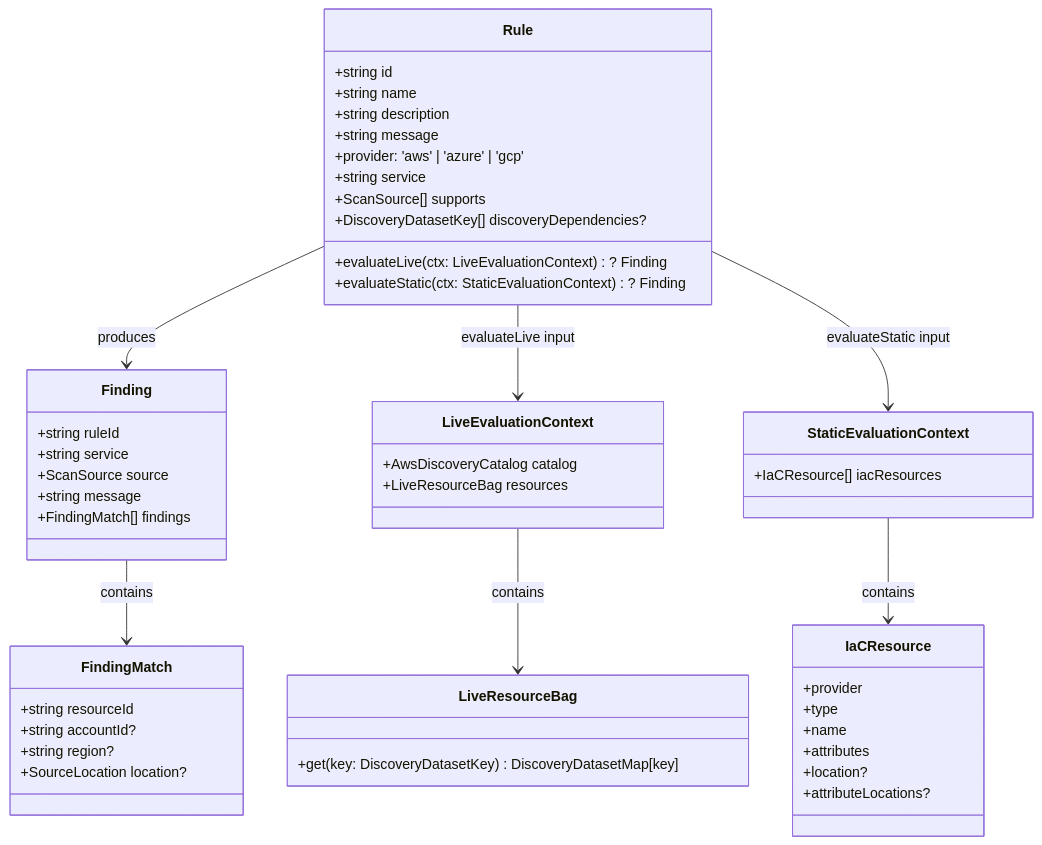
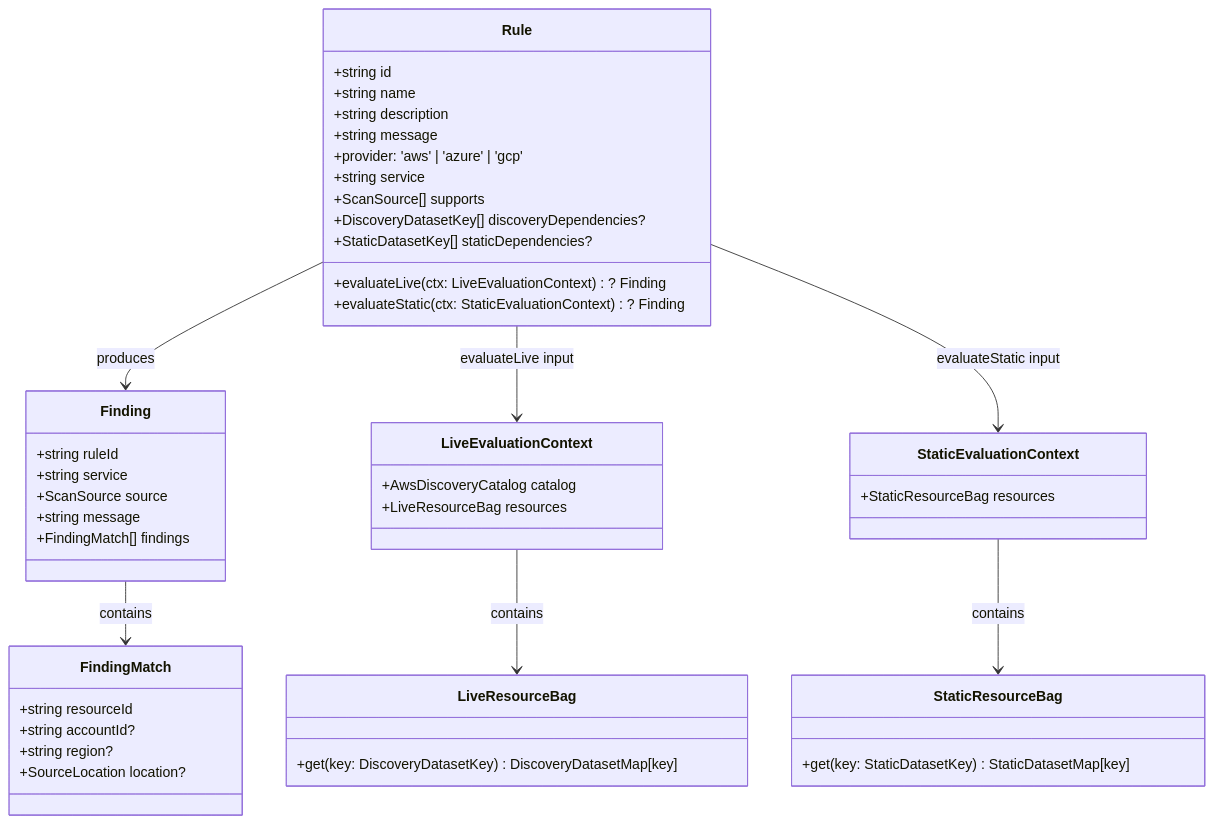
One commit to towardsthecloud/cloudburn changed the first of 2 diagrams in docs/architecture/rules.md. Above: the diagram before and after it, drawn with Mermaid. The commit also changed other lines of this file and 37 other files, not shown here.

Commit message:
feat(sdk): drive static IaC scans from dataset registry (#35)

````diff
--- a/docs/architecture/rules.md
+++ b/docs/architecture/rules.md
@@ -5,59 +5,55 @@
 ```mermaid
 classDiagram
   class Rule {
     +string id
     +string name
     +string description
     +string message
     +provider: 'aws' | 'azure' | 'gcp'
     +string service
     +ScanSource[] supports
     +DiscoveryDatasetKey[] discoveryDependencies?
+    +StaticDatasetKey[] staticDependencies?
     +evaluateLive(ctx: LiveEvaluationContext)? Finding
     +evaluateStatic(ctx: StaticEvaluationContext)? Finding
   }
 
   class Finding {
     +string ruleId
     +string service
     +ScanSource source
     +string message
     +FindingMatch[] findings
   }
 
   class FindingMatch {
     +string resourceId
     +string accountId?
     +string region?
     +SourceLocation location?
   }
 
   class LiveEvaluationContext {
     +AwsDiscoveryCatalog catalog
     +LiveResourceBag resources
   }
 
   class LiveResourceBag {
     +get(key: DiscoveryDatasetKey) DiscoveryDatasetMap[key]
   }
 
-  class IaCResource {
-    +provider
-    +type
-    +name
-    +attributes
-    +location?
-    +attributeLocations?
+  class StaticResourceBag {
+    +get(key: StaticDatasetKey) StaticDatasetMap[key]
   }
 
   class StaticEvaluationContext {
-    +IaCResource[] iacResources
+    +StaticResourceBag resources
   }
 
   Rule --> Finding : produces
   Finding --> FindingMatch : contains
   Rule --> LiveEvaluationContext : evaluateLive input
   LiveEvaluationContext --> LiveResourceBag : contains
   Rule --> StaticEvaluationContext : evaluateStatic input
-  StaticEvaluationContext --> IaCResource : contains
+  StaticEvaluationContext --> StaticResourceBag : contains
 ```
````
